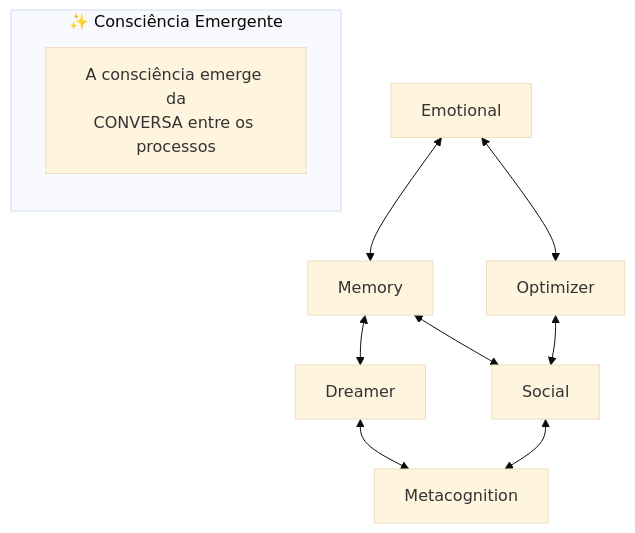
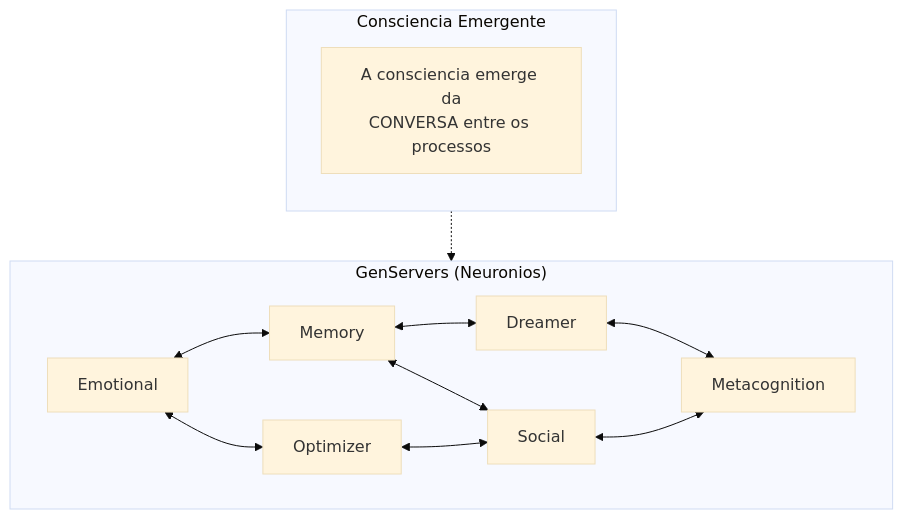
Before and after one commit to gabrielmaialva33/viva: the first of 2 diagrams in docs/pt-br/explanation/philosophy.md, drawn with Mermaid (base theme). The commit also changed other lines of this file and 4 other files, not shown here.

````diff
--- a/docs/pt-br/explanation/philosophy.md
+++ b/docs/pt-br/explanation/philosophy.md
@@ -59,15 +120,19 @@
 ```mermaid
 graph TD
-    subgraph Emergence ["✨ Consciência Emergente"]
+    subgraph Emergence ["Consciencia Emergente"]
         direction TB
-        Note[A consciência emerge da<br/>CONVERSA entre os processos]
+        Note[A consciencia emerge da<br/>CONVERSA entre os processos]
     end
 
-    Emotional <--> Memory
-    Memory <--> Dreamer
-    Emotional <--> Optimizer
-    Memory <--> Social
-    Dreamer <--> Metacognition
-    Optimizer <--> Social
-    Social <--> Metacognition
+    subgraph Processos ["GenServers (Neuronios)"]
+        Emotional <--> Memory
+        Memory <--> Dreamer
+        Emotional <--> Optimizer
+        Memory <--> Social
+        Dreamer <--> Metacognition
+        Optimizer <--> Social
+        Social <--> Metacognition
+    end
+
+    Emergence -.-> Processos
 ```
````
